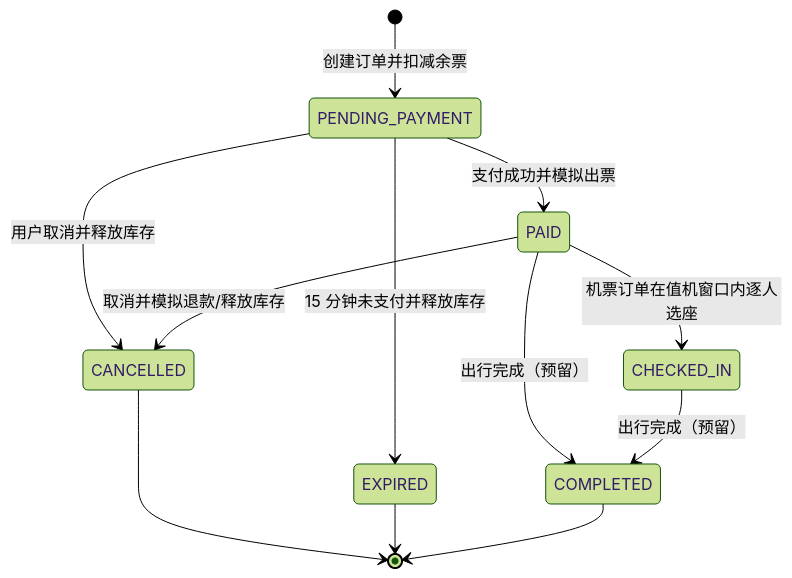
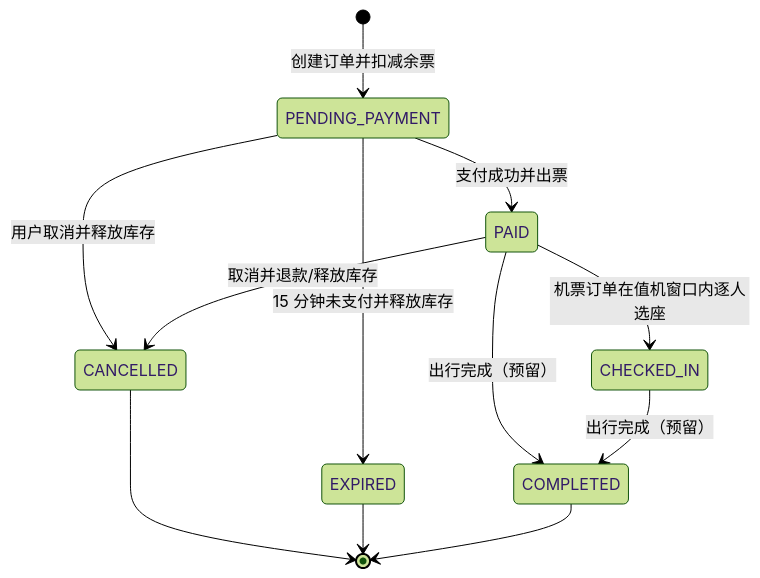
One commit to lonelyhty/hebut-xiecheng-se24 changed the seventh of 7 diagrams in docs/design.md. Above: the diagram before and after it, drawn with Mermaid (forest theme). The commit also changed other lines of this file and 50 other files, not shown here.

````diff
--- a/docs/design.md
+++ b/docs/design.md
@@ -315,14 +315,14 @@
 ```mermaid
 stateDiagram-v2
   [*] --> PENDING_PAYMENT: 创建订单并扣减余票
-  PENDING_PAYMENT --> PAID: 支付成功并模拟出票
+  PENDING_PAYMENT --> PAID: 支付成功并出票
   PENDING_PAYMENT --> CANCELLED: 用户取消并释放库存
   PENDING_PAYMENT --> EXPIRED: 15 分钟未支付并释放库存
   PAID --> CHECKED_IN: 机票订单在值机窗口内逐人选座
-  PAID --> CANCELLED: 取消并模拟退款/释放库存
+  PAID --> CANCELLED: 取消并退款/释放库存
   PAID --> COMPLETED: 出行完成（预留）
   CHECKED_IN --> COMPLETED: 出行完成（预留）
   CANCELLED --> [*]
   EXPIRED --> [*]
   COMPLETED --> [*]
 ```
````
